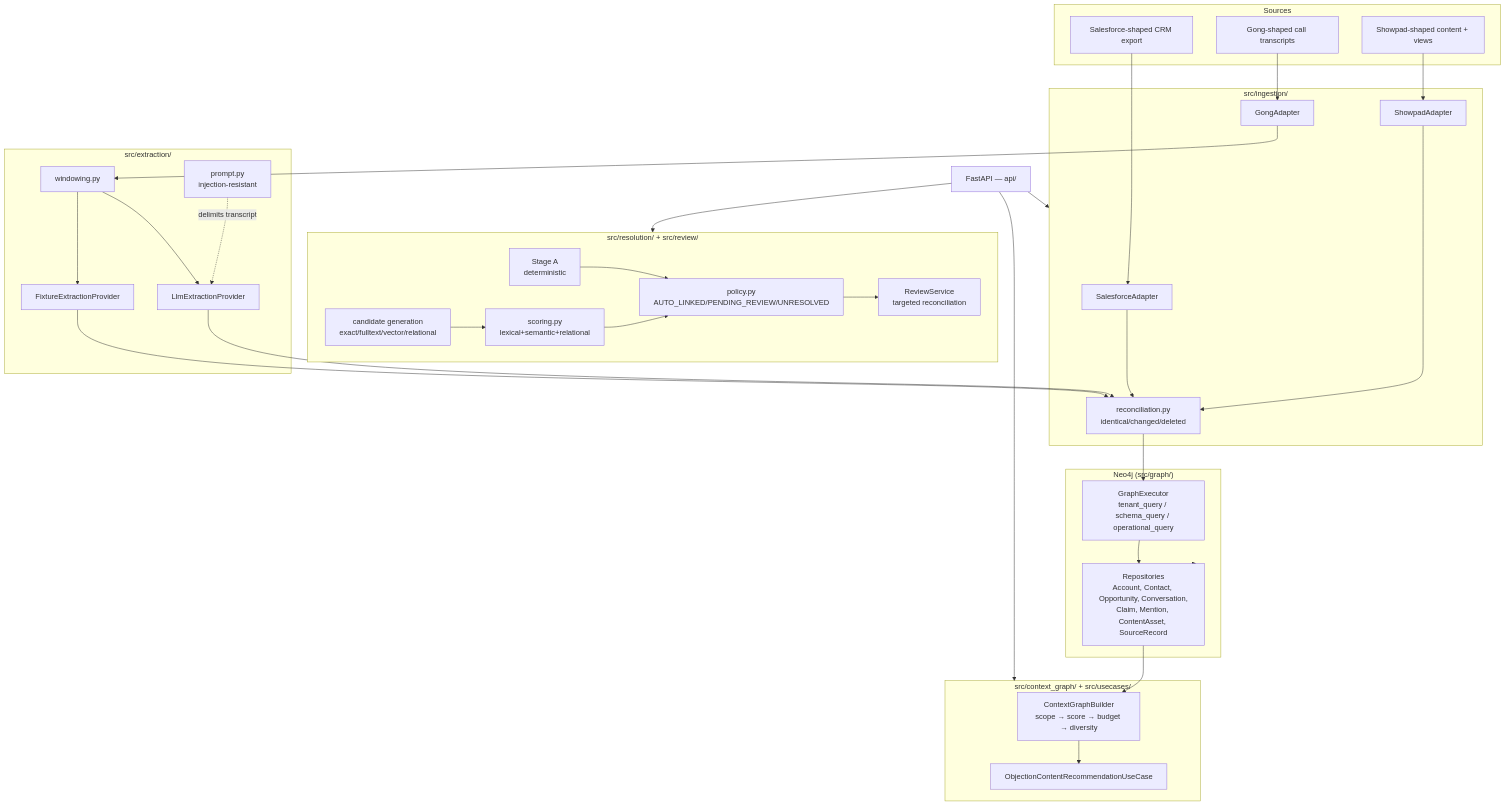
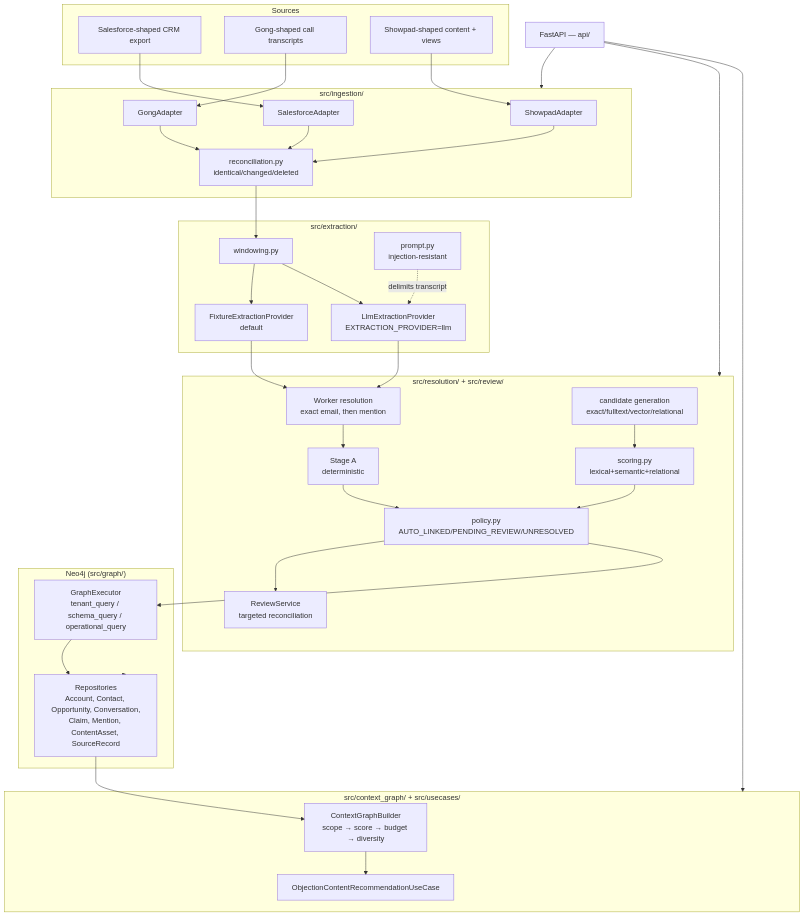
The diagram in sales-context-graph/README.md (Talantul-in-negot/generare-teste), drawn with Mermaid before and after one commit. The commit also changed other lines of this file and 1 other file, not shown here.

Commit message:
docs: align architecture with entity resolution runtime

````diff
--- a/sales-context-graph/README.md
+++ b/sales-context-graph/README.md
@@ -124,57 +124,58 @@
 ```mermaid
 flowchart TB
     subgraph Sources
         SF[Salesforce-shaped CRM export]
         GONG[Gong-shaped call transcripts]
         SP[Showpad-shaped content + views]
     end
 
     subgraph Ingestion["src/ingestion/"]
         SFA[SalesforceAdapter]
         GA[GongAdapter]
         SPA[ShowpadAdapter]
         RECON[reconciliation.py<br/>identical/changed/deleted]
     end
 
     subgraph Extraction["src/extraction/"]
         WIN[windowing.py]
-        FIX[FixtureExtractionProvider]
-        LLM[LlmExtractionProvider]
+        FIX[FixtureExtractionProvider<br/>default]
+        LLM[LlmExtractionProvider<br/>EXTRACTION_PROVIDER=llm]
         PROMPT[prompt.py<br/>injection-resistant]
     end
 
     subgraph Resolution["src/resolution/ + src/review/"]
+        WORKER[Worker resolution<br/>exact email, then mention]
         DET[Stage A<br/>deterministic]
         CAND[candidate generation<br/>exact/fulltext/vector/relational]
         SCORE[scoring.py<br/>lexical+semantic+relational]
         POLICY[policy.py<br/>AUTO_LINKED/PENDING_REVIEW/UNRESOLVED]
         REVIEW[ReviewService<br/>targeted reconciliation]
     end
 
     subgraph Graph["Neo4j (src/graph/)"]
         EXEC[GraphExecutor<br/>tenant_query / schema_query / operational_query]
         REPO[Repositories<br/>Account, Contact, Opportunity, Conversation,<br/>Claim, Mention, ContentAsset, SourceRecord]
     end
 
     subgraph Serving["src/context_graph/ + src/usecases/"]
         CTX[ContextGraphBuilder<br/>scope → score → budget → diversity]
         UC[ObjectionContentRecommendationUseCase]
     end
 
     API[FastAPI — api/]
 
     SF --> SFA --> RECON
-    GONG --> GA --> WIN --> FIX & LLM
+    GONG --> GA --> RECON --> WIN --> FIX & LLM
     SP --> SPA --> RECON
     PROMPT -.delimits transcript.-> LLM
-    FIX & LLM --> RECON
-    RECON --> EXEC
+    FIX & LLM --> WORKER
+    WORKER --> DET
     DET --> POLICY
     CAND --> SCORE --> POLICY
     POLICY --> REVIEW
-    EXEC --> REPO --> Graph
+    POLICY --> EXEC --> REPO --> Graph
     REPO --> CTX --> UC
     API --> Ingestion
     API --> Resolution
     API --> Serving
 ```
````
